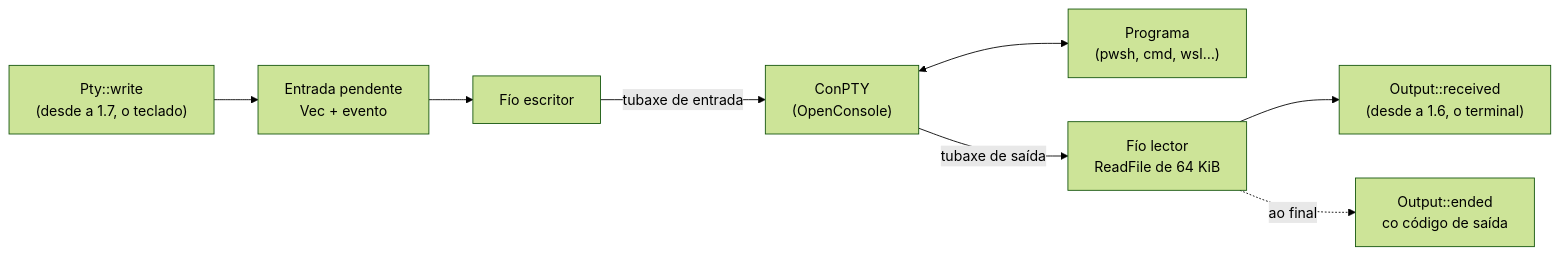
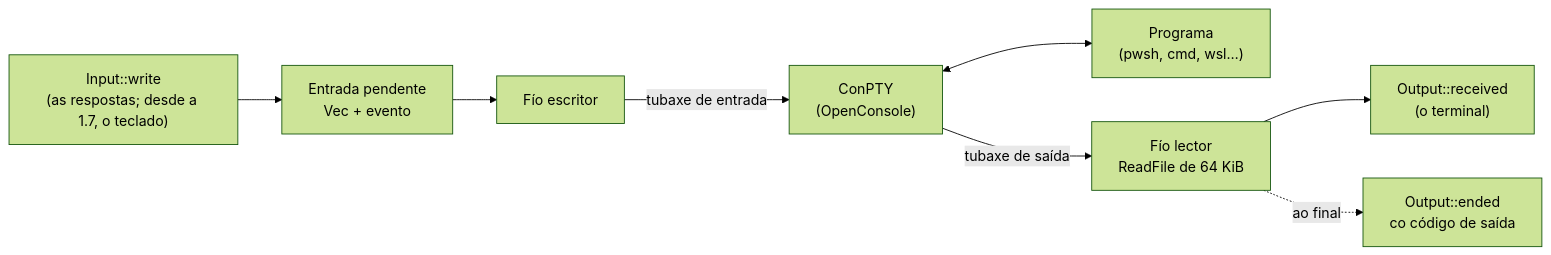
The third of 10 diagrams in docs/arquitectura.md (NewHouses/meiga), drawn with Mermaid (forest theme) before and after one commit. The commit also changed other lines of this file and 52 other files, not shown here.

````diff
--- a/docs/arquitectura.md
+++ b/docs/arquitectura.md
@@ -90,10 +93,10 @@
 ```mermaid
 flowchart LR
-    write["Pty::write<br/>(desde a 1.7, o teclado)"] --> input["Entrada pendente<br/>Vec + evento"]
+    write["Input::write<br/>(as respostas; desde a 1.7, o teclado)"] --> input["Entrada pendente<br/>Vec + evento"]
     input --> writer["Fío escritor"]
     writer -- "tubaxe de entrada" --> conpty["ConPTY<br/>(OpenConsole)"]
     conpty <--> shell["Programa<br/>(pwsh, cmd, wsl…)"]
     conpty -- "tubaxe de saída" --> reader["Fío lector<br/>ReadFile de 64 KiB"]
-    reader --> output["Output::received<br/>(desde a 1.6, o terminal)"]
+    reader --> output["Output::received<br/>(o terminal)"]
     reader -. "ao final" .-> ended["Output::ended<br/>co código de saída"]
 ```
````
